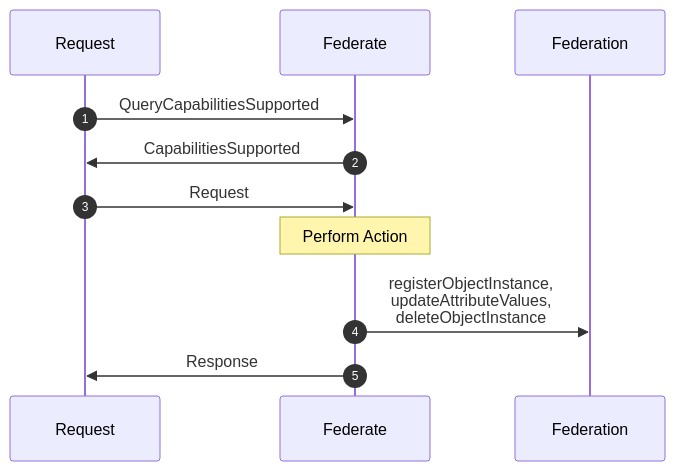
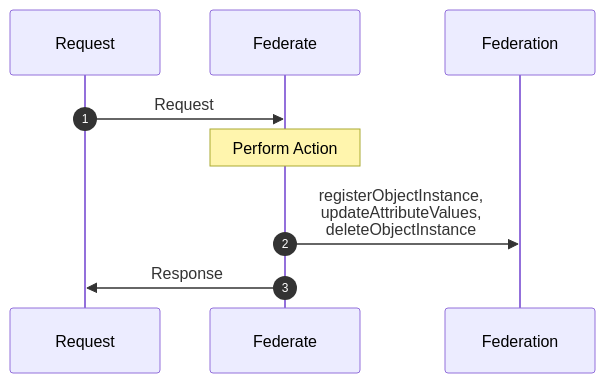
The first of 11 diagrams in NETN-MRM.md (AMSP-04/NETN-MRM), drawn with Mermaid before and after one commit. The commit also changed other lines of this file and 1 other file, not shown here.

````diff
--- a/NETN-MRM.md
+++ b/NETN-MRM.md
@@ -38,10 +35,9 @@
 ```mermaid
 sequenceDiagram
 autonumber
-Request->>Federate: QueryCapabilitiesSupported
-Federate->>Request: CapabilitiesSupported
+
 Request->>Federate: Request
 note over Federate: Perform Action
 Federate->>Federation: registerObjectInstance, <br>updateAttributeValues, <br>deleteObjectInstance
 Federate->>Request: Response
 ```
````
